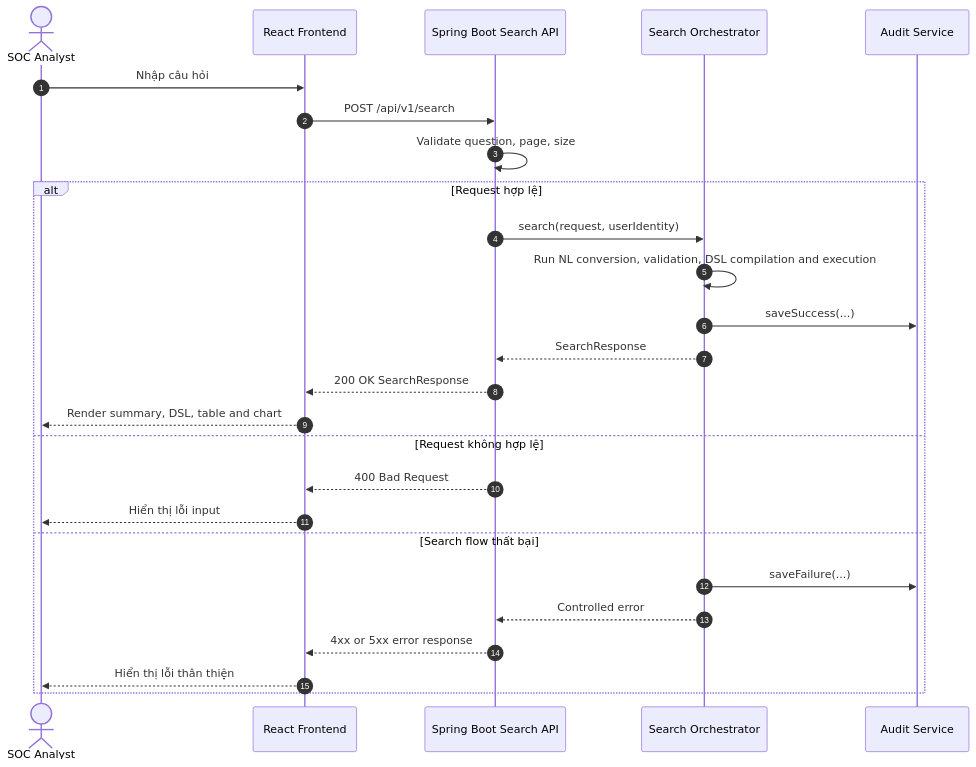
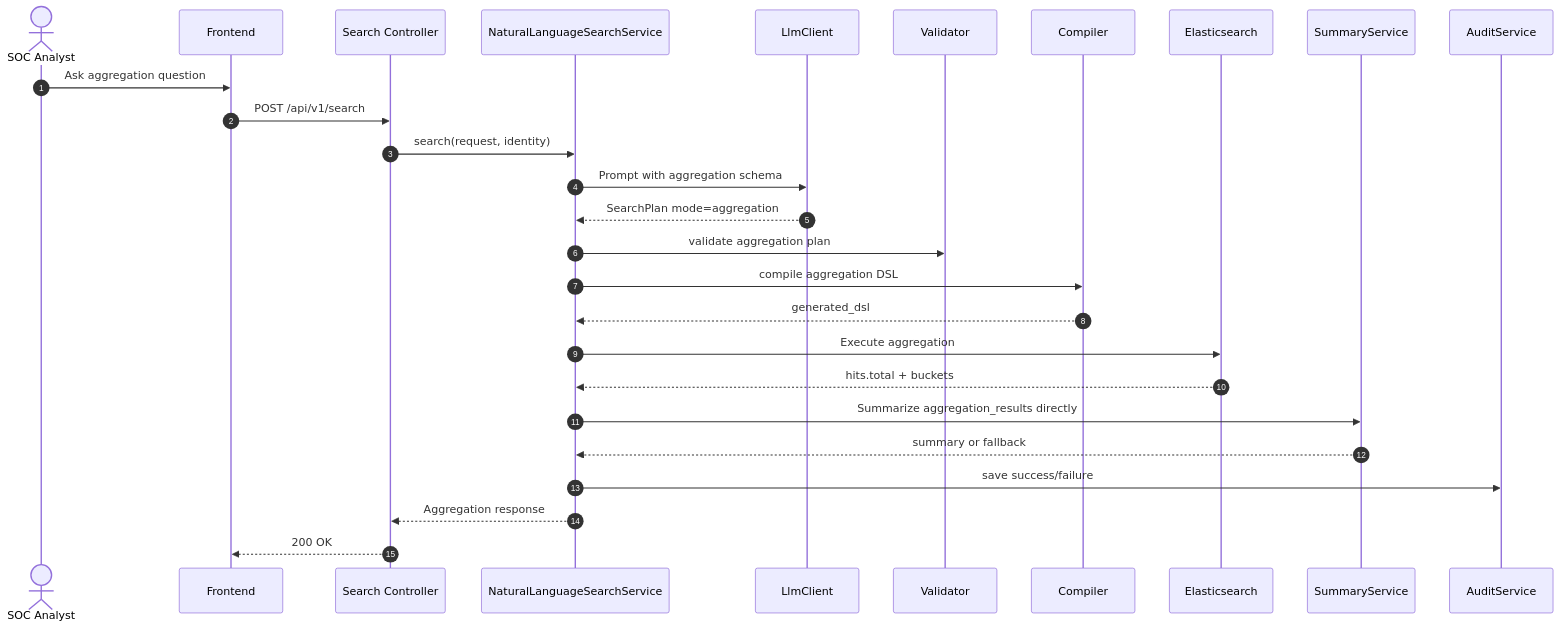
Before and after one commit to PhamVanMinhBinhThuan/soc-ai-search: the fourth of 9 diagrams in docs/sequence-flow.md, drawn with Mermaid. The commit also changed other lines of this file and 5 other files, not shown here.

````diff
--- a/docs/sequence-flow.md
+++ b/docs/sequence-flow.md
@@ -192,30 +132,30 @@
 ```mermaid
 sequenceDiagram
     autonumber
     actor User as SOC Analyst
-    participant FE as React Frontend
-    participant API as Spring Boot Search API
-    participant Search as Search Orchestrator
-    participant Audit as Audit Service
+    participant FE as Frontend
+    participant API as Search Controller
+    participant NL as NaturalLanguageSearchService
+    participant LLM as LlmClient
+    participant Guard as Validator
+    participant Compiler as Compiler
+    participant ES as Elasticsearch
+    participant Summary as SummaryService
+    participant Audit as AuditService
 
-    User->>FE: Nhập câu hỏi
+    User->>FE: Ask aggregation question
     FE->>API: POST /api/v1/search
-    API->>API: Validate question, page, size
-
-    alt Request hợp lệ
-        API->>Search: search(request, userIdentity)
-        Search->>Search: Run NL conversion, validation, DSL compilation and execution
-        Search->>Audit: saveSuccess(...)
-        Search-->>API: SearchResponse
-        API-->>FE: 200 OK SearchResponse
-        FE-->>User: Render summary, DSL, table and chart
-    else Request không hợp lệ
-        API-->>FE: 400 Bad Request
-        FE-->>User: Hiển thị lỗi input
-    else Search flow thất bại
-        Search->>Audit: saveFailure(...)
-        Search-->>API: Controlled error
-        API-->>FE: 4xx or 5xx error response
-        FE-->>User: Hiển thị lỗi thân thiện
-    end
+    API->>NL: search(request, identity)
+    NL->>LLM: Prompt with aggregation schema
+    LLM-->>NL: SearchPlan mode=aggregation
+    NL->>Guard: validate aggregation plan
+    NL->>Compiler: compile aggregation DSL
+    Compiler-->>NL: generated_dsl
+    NL->>ES: Execute aggregation
+    ES-->>NL: hits.total + buckets
+    NL->>Summary: Summarize aggregation_results directly
+    Summary-->>NL: summary or fallback
+    NL->>Audit: save success/failure
+    NL-->>API: Aggregation response
+    API-->>FE: 200 OK
 ```
````
